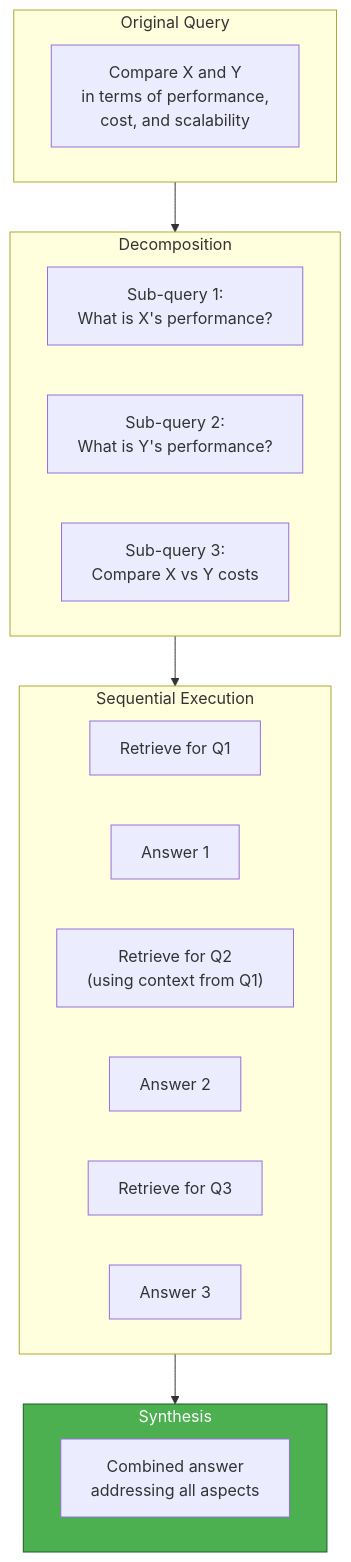
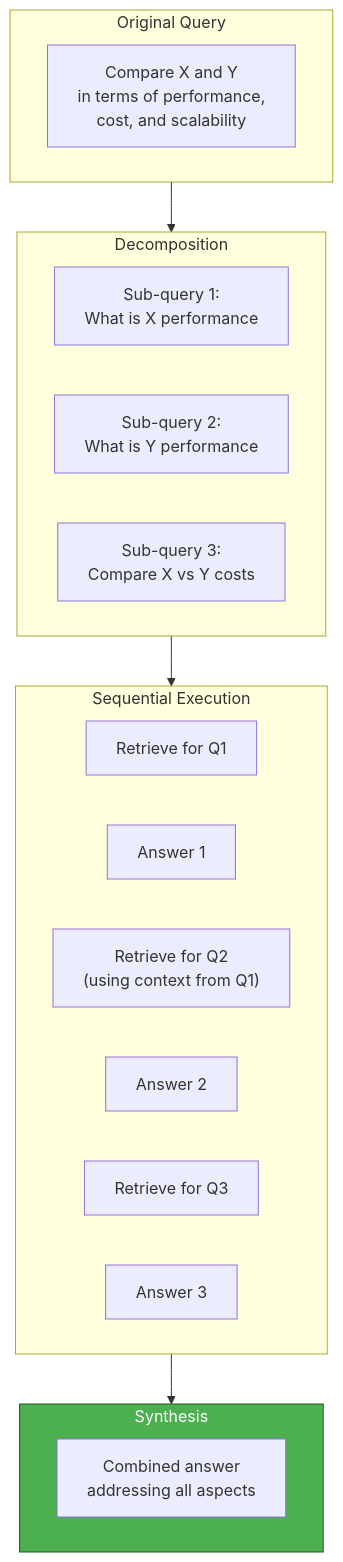
One commit to YiWang24/AiDIY changed the eighth of 23 diagrams in docs/ai/rag/04-retrieval.mdx. Above: the diagram before and after it, drawn with Mermaid. The commit also changed other lines of this file and 10 other files, not shown here.

First line of the commit message:
docs: enhance RAG documentation and fix Mermaid diagrams

````diff
--- a/docs/ai/rag/04-retrieval.mdx
+++ b/docs/ai/rag/04-retrieval.mdx
@@ -497,31 +497,31 @@
 ```mermaid
 flowchart TB
     subgraph Original["Original Query"]
         Q["Compare X and Y<br/>in terms of performance,<br/>cost, and scalability"]
     end
 
     subgraph Decompose["Decomposition"]
-        D1["Sub-query 1:<br/>What is X's performance?"]
-        D2["Sub-query 2:<br/>What is Y's performance?"]
+        D1["Sub-query 1:<br/>What is X performance"]
+        D2["Sub-query 2:<br/>What is Y performance"]
         D3["Sub-query 3:<br/>Compare X vs Y costs"]
     end
 
     subgraph Sequential["Sequential Execution"]
         R1["Retrieve for Q1"]
         A1["Answer 1"]
         R2["Retrieve for Q2<br/>(using context from Q1)"]
         A2["Answer 2"]
         R3["Retrieve for Q3"]
         A3["Answer 3"]
     end
 
     subgraph Synthesize["Synthesis"]
         Final["Combined answer<br/>addressing all aspects"]
     end
 
     Original --> Decompose
     Decompose --> Sequential
     Sequential --> Synthesize
 
     style Synthesize fill:#4caf50,stroke:#1b5e20,color:#fff
 ```
````
